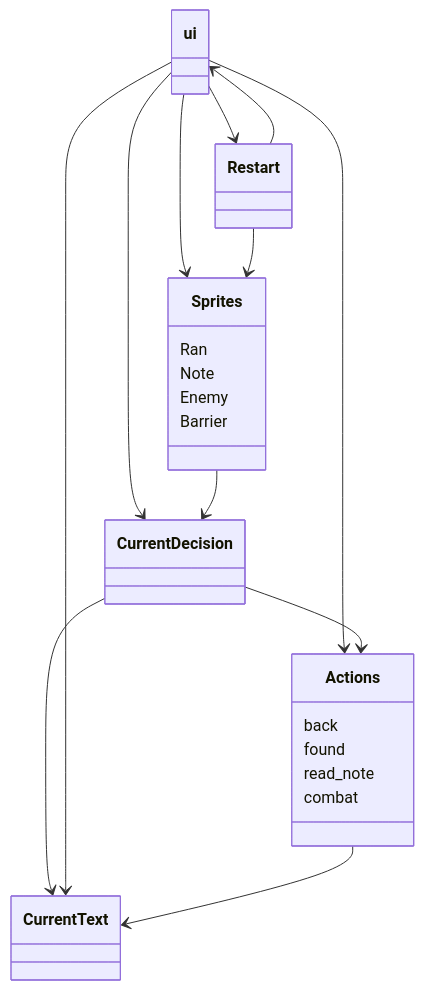
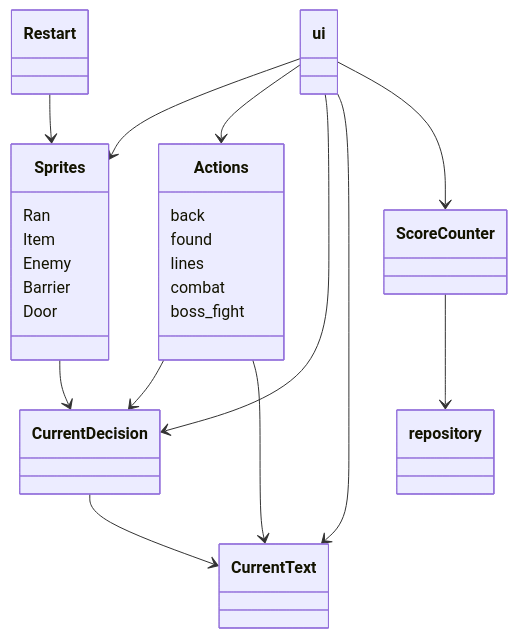
Before and after one commit to emlyy/ot-harjoitustyo: the diagram in dokumentaatio/arkkitehtuuri.md, drawn with Mermaid. The commit also changed other lines of this file, not shown here.

````diff
--- a/dokumentaatio/arkkitehtuuri.md
+++ b/dokumentaatio/arkkitehtuuri.md
@@ -1,26 +19,28 @@
 ```mermaid
  classDiagram
       ui --> Sprites
       class Sprites{
           Ran
-          Note
+          Item
           Enemy
           Barrier
+          Door
       }
       ui --> Actions
       class Actions{
           back
           found
-          read_note
+          lines
           combat
+          boss_fight
       }
       ui --> CurrentDecision
       CurrentDecision --> CurrentText
       ui --> CurrentText
       Sprites --> CurrentDecision
-      CurrentDecision --> Actions
+      Actions --> CurrentDecision
       Actions --> CurrentText
       Restart --> Sprites
-      ui --> Restart
-      Restart --> ui
+      ui --> ScoreCounter
+      ScoreCounter --> repository
 ```
````
